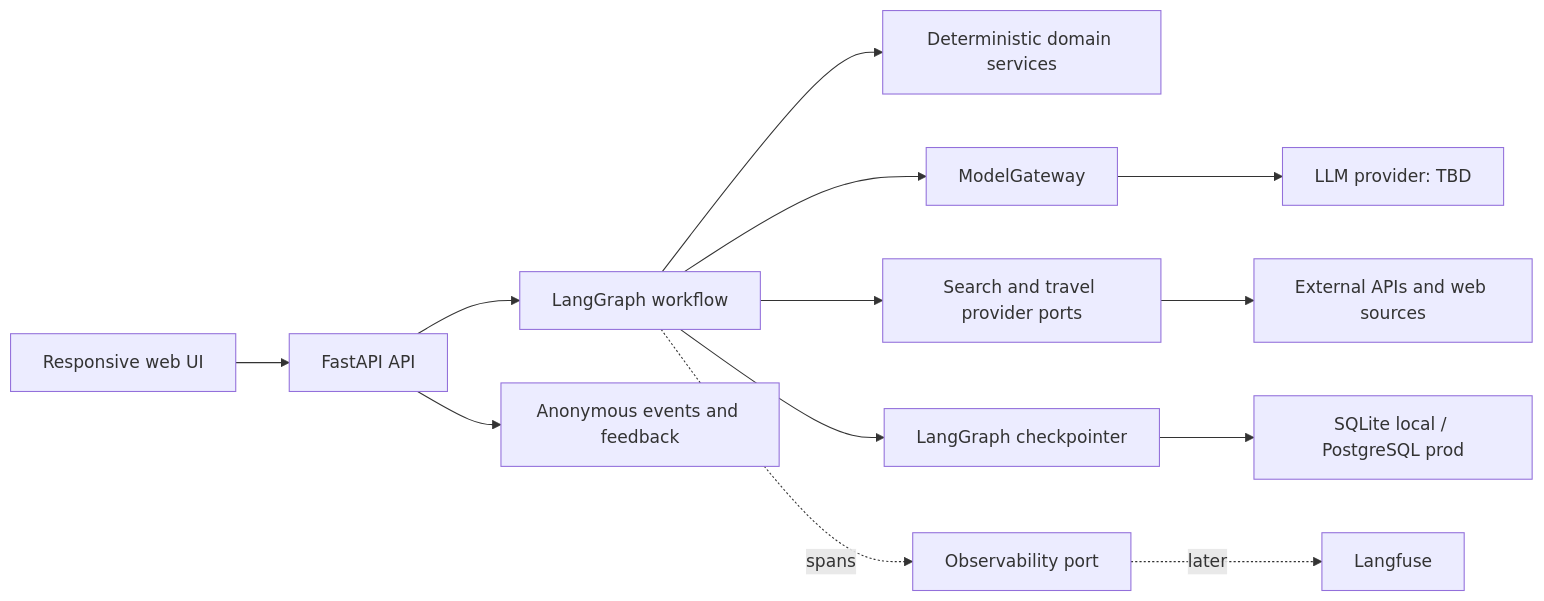
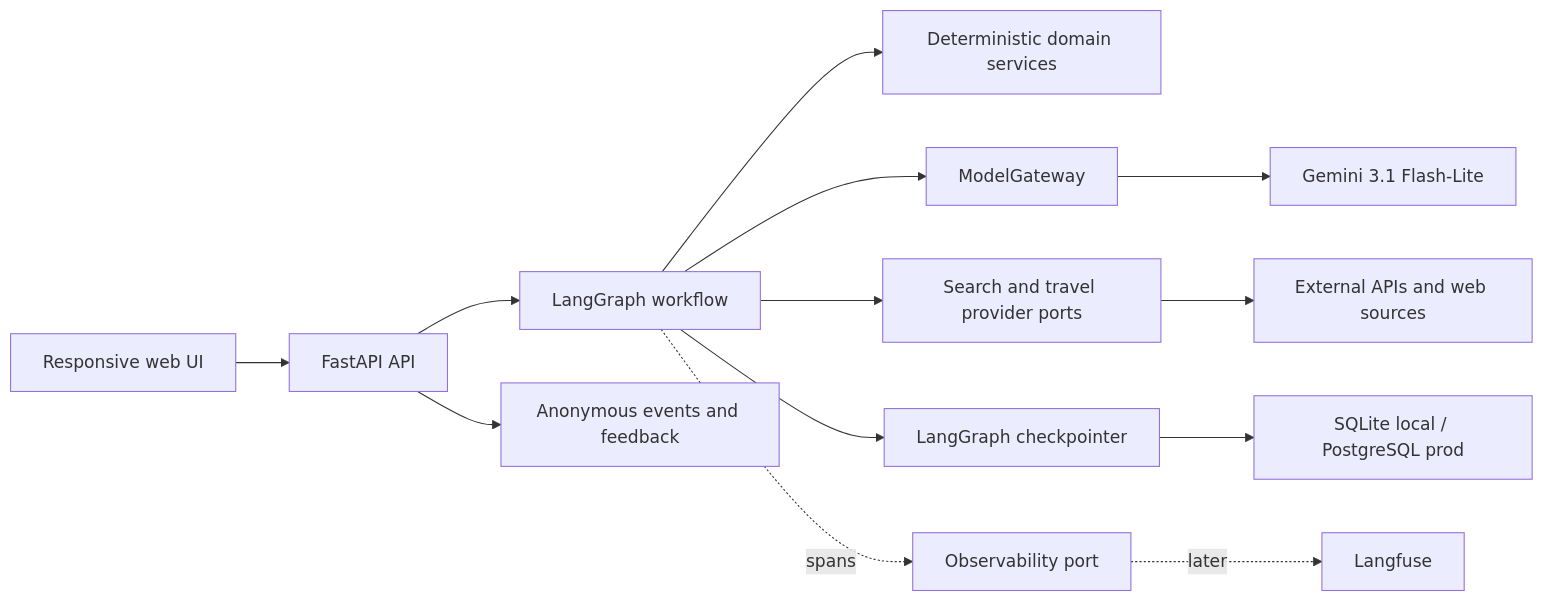
One commit to yaroslavlikh/travel-helper changed the first of 2 diagrams in docs/architecture.md. Above: the diagram before and after it, drawn with Mermaid. The commit also changed 22 other files, not shown here.

````diff
--- a/docs/architecture.md
+++ b/docs/architecture.md
@@ -9,15 +9,15 @@
 ```mermaid
 flowchart LR
     UI["Responsive web UI"] --> API["FastAPI API"]
     API --> GRAPH["LangGraph workflow"]
     GRAPH --> DOMAIN["Deterministic domain services"]
     GRAPH --> AI["ModelGateway"]
     GRAPH --> PROVIDERS["Search and travel provider ports"]
     GRAPH --> CP["LangGraph checkpointer"]
     API --> EVENTS["Anonymous events and feedback"]
     GRAPH -. spans .-> OBS["Observability port"]
-    AI --> LLM["LLM provider: TBD"]
+    AI --> LLM["Gemini 3.1 Flash-Lite"]
     PROVIDERS --> WEB["External APIs and web sources"]
     CP --> DB["SQLite local / PostgreSQL prod"]
     OBS -. later .-> LF["Langfuse"]
 ```
````
